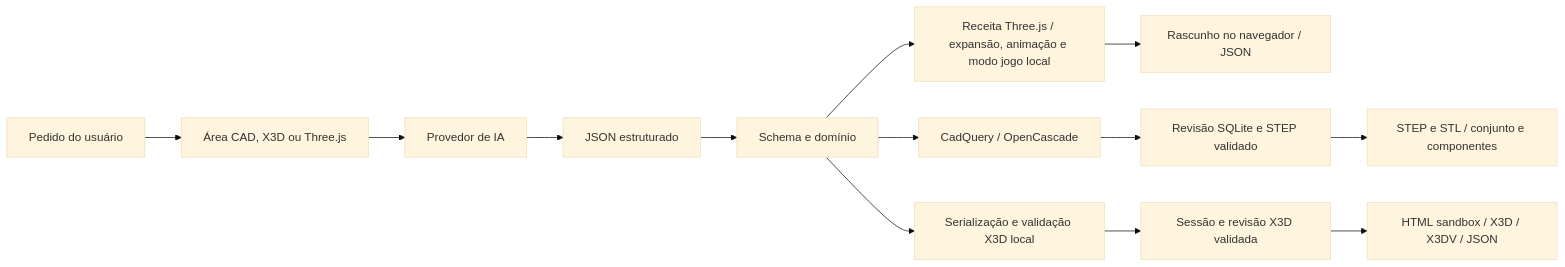
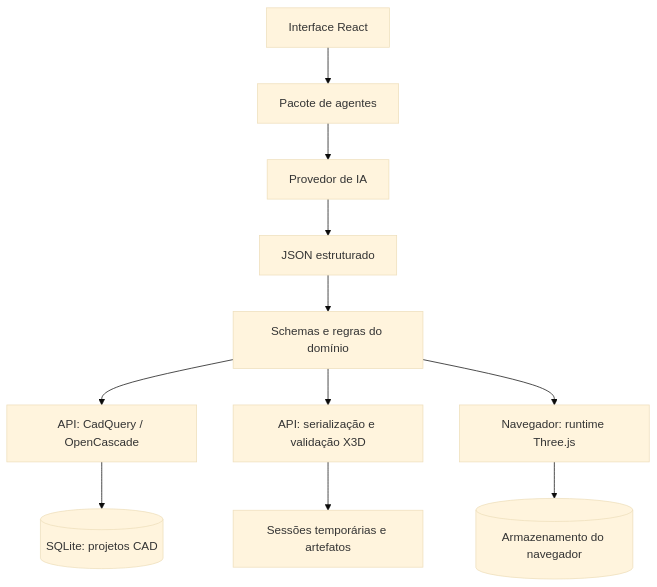
Before and after one commit to arthursantos67/MCPx3d: the diagram in docs/architecture.md, drawn with Mermaid (base theme). The commit also changed other lines of this file and 118 other files, not shown here.

````diff
--- a/docs/architecture.md
+++ b/docs/architecture.md
@@ -44,15 +5,13 @@
 ```mermaid
-flowchart LR
-  U[Pedido do usuário] --> W[Área CAD, X3D ou Three.js]
-  W --> A[Provedor de IA]
-  A --> J[JSON estruturado]
-  J --> D[Schema e domínio]
-  D --> C[CadQuery / OpenCascade]
-  D --> X[Serialização e validação X3D local]
-  D --> T[Receita Three.js / expansão, animação e modo jogo local]
-  T --> N[Rascunho no navegador / JSON]
-  C --> S[Revisão SQLite e STEP validado]
-  S --> E[STEP e STL / conjunto e componentes]
-  X --> M[Sessão e revisão X3D validada]
-  M --> V[HTML sandbox / X3D / X3DV / JSON]
+flowchart TD
+  UI[Interface React] --> Agent[Pacote de agentes]
+  Agent --> Provider[Provedor de IA]
+  Provider --> JSON[JSON estruturado]
+  JSON --> Domain[Schemas e regras do domínio]
+  Domain --> CAD[API: CadQuery / OpenCascade]
+  Domain --> X3D[API: serialização e validação X3D]
+  Domain --> Three[Navegador: runtime Three.js]
+  CAD --> DB[(SQLite: projetos CAD)]
+  X3D --> Sessions[Sessões temporárias e artefatos]
+  Three --> Browser[(Armazenamento do navegador)]
 ```
````
